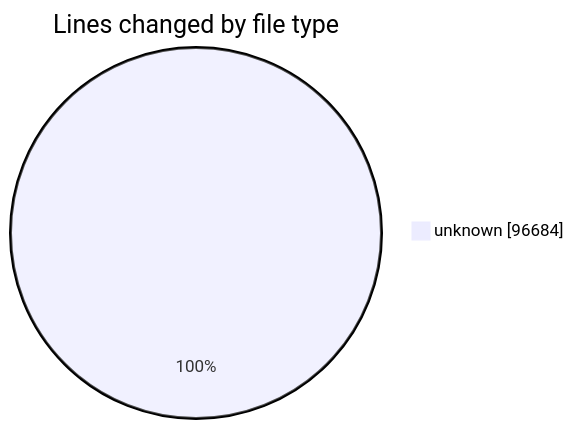
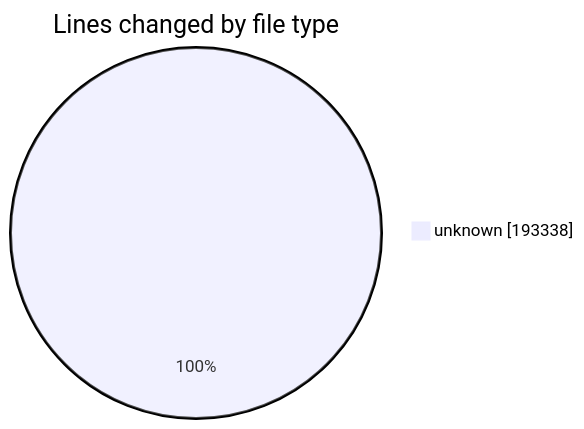
One commit to JenPaints/code-tracking changed the first of 2 diagrams in 2025-06-20/playgram_sportsnative/README.md. Above: the diagram before and after it, drawn with Mermaid. The commit also changed other lines of this file and 1 other file, not shown here.

````diff
--- a/2025-06-20/playgram_sportsnative/README.md
+++ b/2025-06-20/playgram_sportsnative/README.md
@@ -20,5 +20,5 @@
 ```mermaid
 pie showData
 title Lines changed by file type
-"unknown" : 96684
+"unknown" : 193338
 ```
````
